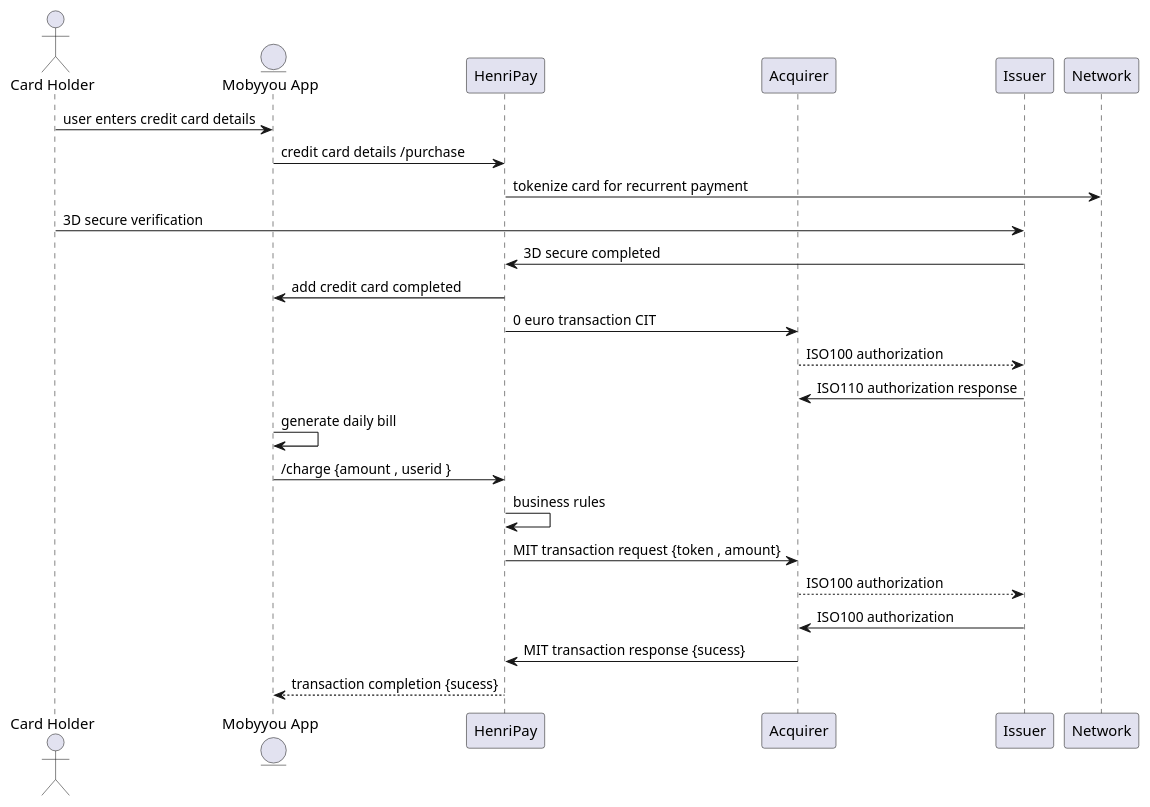
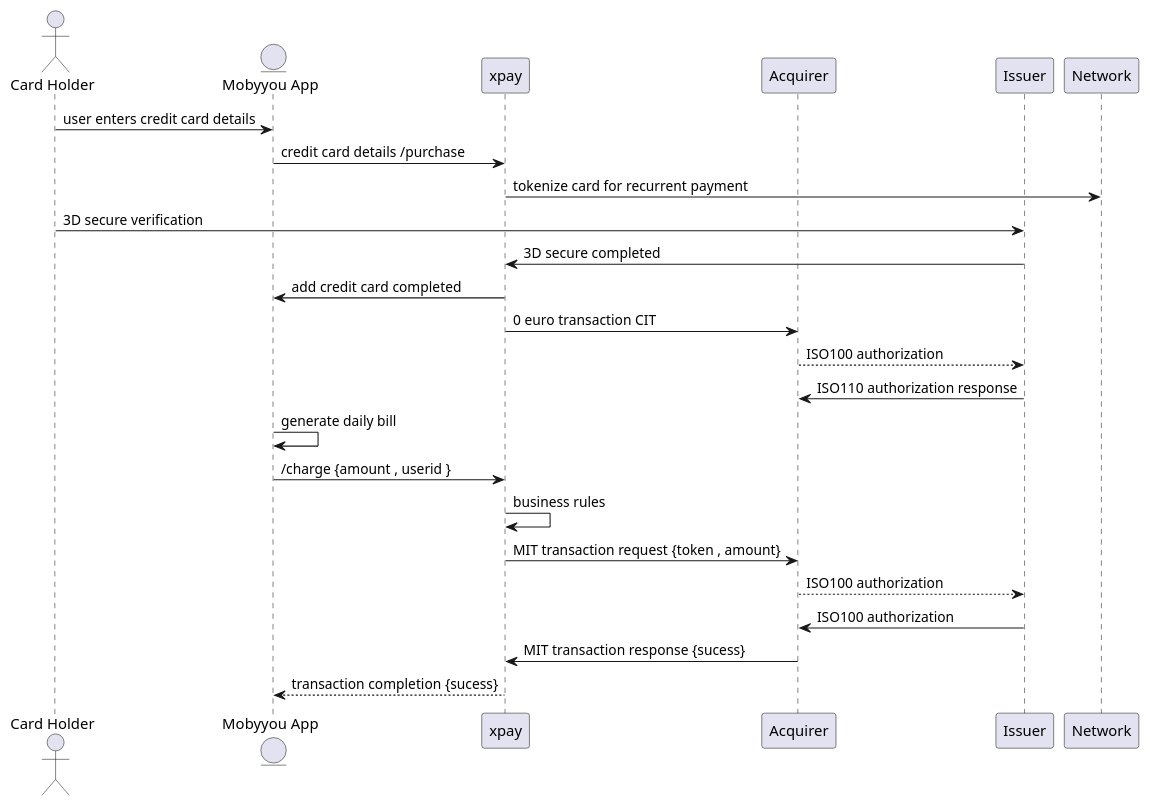
The diagram in src/main/resources/sequences/arena/Creditcard-ecom.puml (saidkhalfaoui/xpay), drawn with PlantUML before and after one commit. The commit also changed 554 other files, not shown here.

```diff
--- a/src/main/resources/sequences/arena/Creditcard-ecom.puml
+++ b/src/main/resources/sequences/arena/Creditcard-ecom.puml
@@ -1,29 +1,29 @@
 @startuml
 'https://plantuml.com/sequence-diagram
 actor "Card Holder" as holder
 
 entity "Mobyyou App" as mobyyou
-participant "HenriPay" as henriPay
+participant "xpay" as xpay
 participant "Acquirer" as acq
 participant "Issuer" as issuer
 holder->mobyyou: user enters credit card details
-mobyyou->henriPay : credit card details /purchase
+mobyyou->xpay : credit card details /purchase
 
-henriPay-> Network: tokenize card for recurrent payment
+xpay-> Network: tokenize card for recurrent payment
 holder-> issuer: 3D secure verification
-issuer-> henriPay : 3D secure completed
-henriPay-> mobyyou : add credit card completed
+issuer-> xpay : 3D secure completed
+xpay-> mobyyou : add credit card completed
 
-henriPay->acq : 0 euro transaction CIT
+xpay->acq : 0 euro transaction CIT
 acq--> issuer: ISO100 authorization
 issuer-> acq : ISO110 authorization response
 mobyyou-> mobyyou : generate daily bill
-mobyyou-> henriPay : /charge {amount , userid }
-henriPay-> henriPay: business rules
-henriPay-> acq: MIT transaction request {token , amount}
+mobyyou-> xpay : /charge {amount , userid }
+xpay-> xpay: business rules
+xpay-> acq: MIT transaction request {token , amount}
 acq --> issuer : ISO100 authorization
 issuer -> acq : ISO100 authorization
-acq->henriPay : MIT transaction response {sucess}
-henriPay-->mobyyou: transaction completion {sucess}
+acq->xpay : MIT transaction response {sucess}
+xpay-->mobyyou: transaction completion {sucess}
 
 @enduml
```
